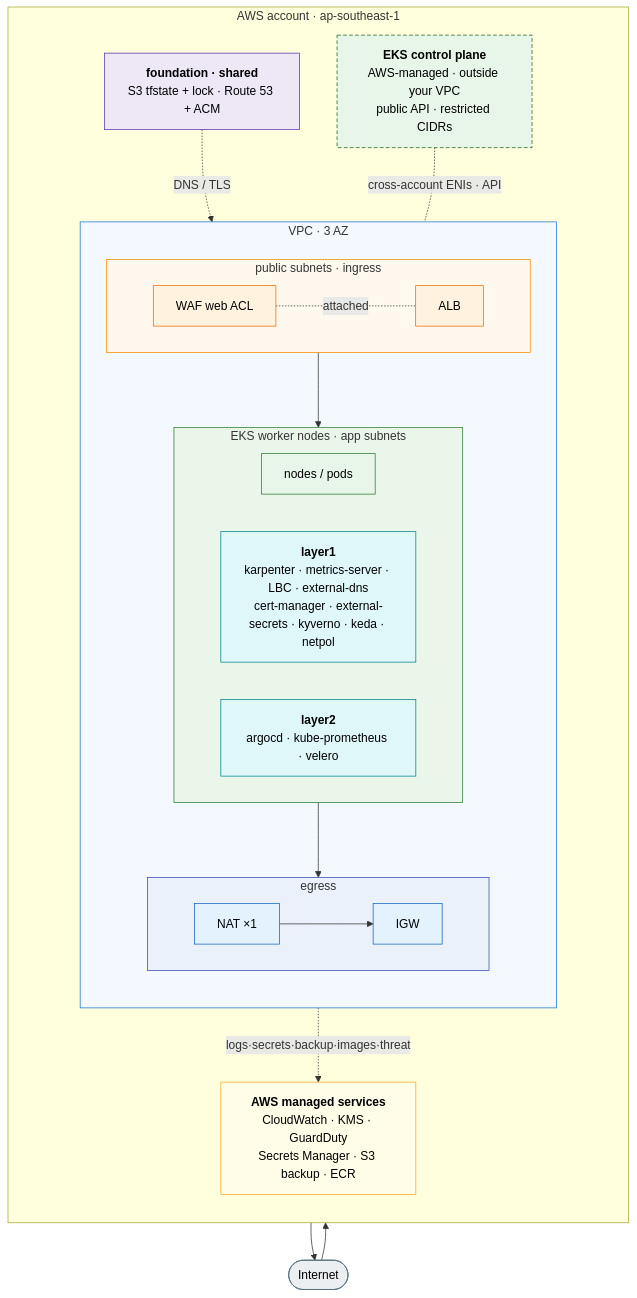
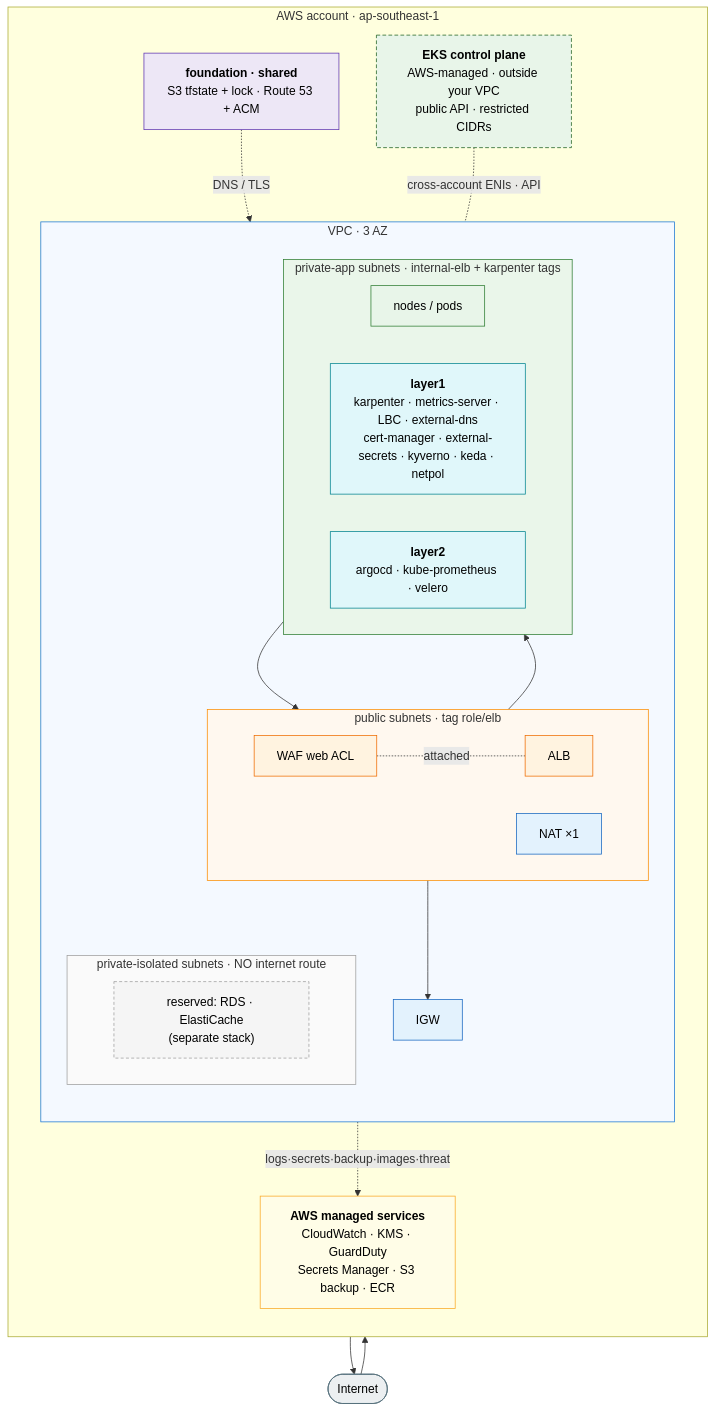
Before and after one commit to trongnvv/aws-iac: the second of 3 diagrams in eks/docs/ARCHITECTURE.md, drawn with Mermaid. The commit also changed other lines of this file, not shown here.

````diff
--- a/eks/docs/ARCHITECTURE.md
+++ b/eks/docs/ARCHITECTURE.md
@@ -78,48 +84,49 @@
 ```mermaid
 flowchart TB
   internet([Internet]):::ext
   subgraph acct["AWS account · ap-southeast-1"]
     direction TB
     found["<b>foundation · shared</b><br/>S3 tfstate + lock · Route 53 + ACM"]:::fnd
     cpane["<b>EKS control plane</b><br/>AWS-managed · outside your VPC<br/>public API · restricted CIDRs"]:::mgmt
     subgraph vpc["VPC · 3 AZ"]
       direction TB
-      subgraph ingress["public subnets · ingress"]
+      igw["IGW"]:::net
+      subgraph pub["public subnets · tag role/elb"]
         direction LR
         alb["ALB"]:::edge
         waf["WAF web ACL"]:::edge
+        nat["NAT ×1"]:::net
       end
-      subgraph eks["EKS worker nodes · app subnets"]
+      subgraph app["private-app subnets · internal-elb + karpenter tags"]
         direction LR
         nodes["nodes / pods"]:::eks
         l1["<b>layer1</b><br/>karpenter · metrics-server · LBC · external-dns<br/>cert-manager · external-secrets · kyverno · keda · netpol"]:::add
         l2["<b>layer2</b><br/>argocd · kube-prometheus · velero"]:::add
       end
-      subgraph egr["egress"]
-        direction LR
-        nat["NAT ×1"]:::net --> igw["IGW"]:::net
+      subgraph iso["private-isolated subnets · NO internet route"]
+        isod["reserved: RDS · ElastiCache<br/>(separate stack)"]:::iso
       end
     end
     svc["<b>AWS managed services</b><br/>CloudWatch · KMS · GuardDuty<br/>Secrets Manager · S3 backup · ECR"]:::svc
   end
   internet --> alb --> nodes
   waf -. attached .- alb
   found -. DNS / TLS .-> alb
   cpane -. cross-account ENIs · API .- nodes
-  nodes --> nat
-  igw --> internet
+  nodes --> nat --> igw --> internet
   nodes -. logs·secrets·backup·images·threat .-> svc
 
   classDef ext fill:#eceff1,stroke:#546e7a,color:#000
   classDef fnd fill:#ede7f6,stroke:#5e35b1,color:#000
   classDef mgmt fill:#e8f5e9,stroke:#1b5e20,stroke-dasharray:5 3,color:#000
   classDef net fill:#e3f2fd,stroke:#1565c0,color:#000
   classDef edge fill:#fff3e0,stroke:#ef6c00,color:#000
   classDef eks fill:#e8f5e9,stroke:#2e7d32,color:#000
   classDef add fill:#e0f7fa,stroke:#00838f,color:#000
   classDef svc fill:#fffde7,stroke:#f9a825,color:#000
+  classDef iso fill:#f5f5f5,stroke:#9e9e9e,stroke-dasharray:4 3,color:#000
   style vpc fill:#f4f9ff,stroke:#1976d2
-  style ingress fill:#fff8ef,stroke:#fb8c00
-  style egr fill:#eaf1fb,stroke:#3949ab
-  style eks fill:#eaf6ea,stroke:#2e7d32
+  style pub fill:#fff8ef,stroke:#fb8c00
+  style app fill:#eaf6ea,stroke:#2e7d32
+  style iso fill:#fafafa,stroke:#9e9e9e
 ```
````
